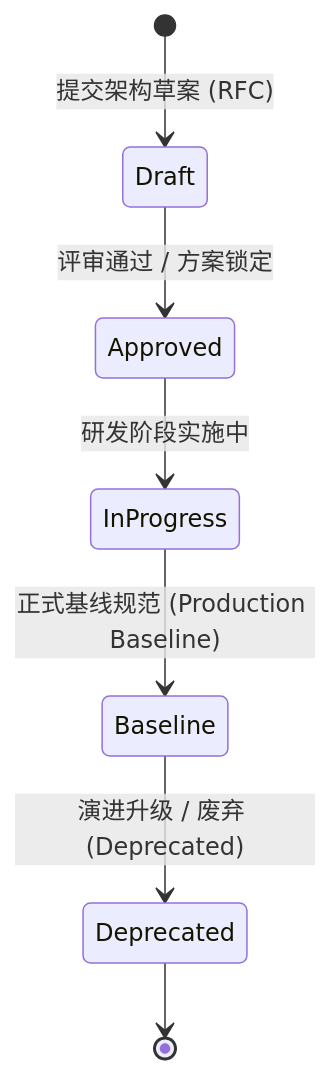
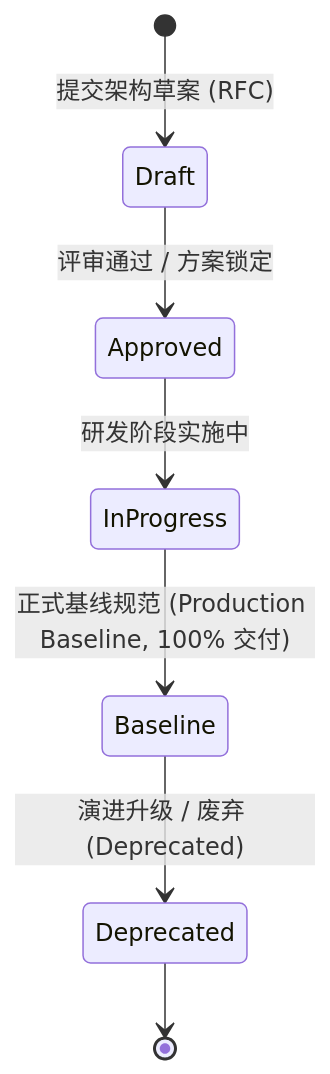
The diagram in docs/specs/README.md (cvdnn/a_stock_agents), drawn with Mermaid before and after one commit. The commit also changed other lines of this file and 28 other files, not shown here.

````diff
--- a/docs/specs/README.md
+++ b/docs/specs/README.md
@@ -92,9 +52,9 @@
 ```mermaid
 stateDiagram-v2
     [*] --> Draft: 提交架构草案 (RFC)
     Draft --> Approved: 评审通过 / 方案锁定
     Approved --> InProgress: 研发阶段实施中
-    InProgress --> Baseline: 正式基线规范 (Production Baseline)
+    InProgress --> Baseline: 正式基线规范 (Production Baseline, 100% 交付)
     Baseline --> Deprecated: 演进升级 / 废弃 (Deprecated)
     Deprecated --> [*]
 ```
````
